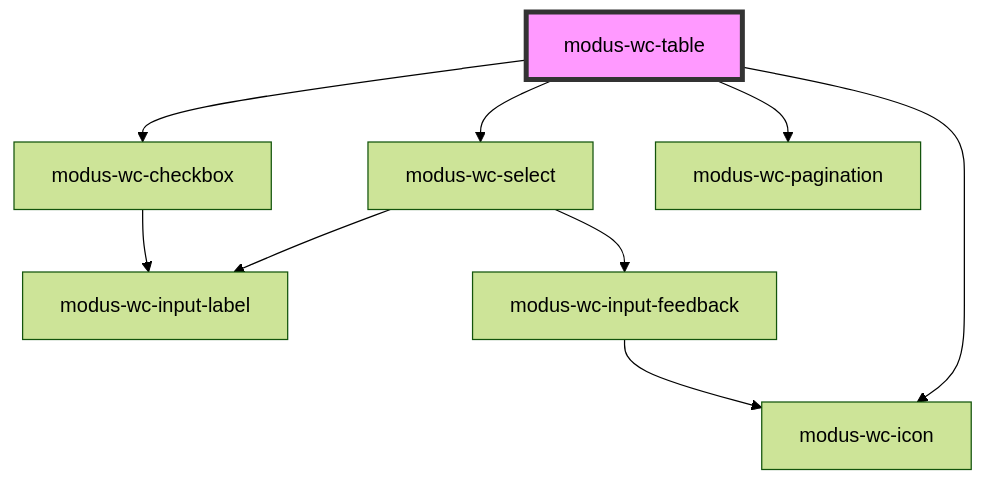
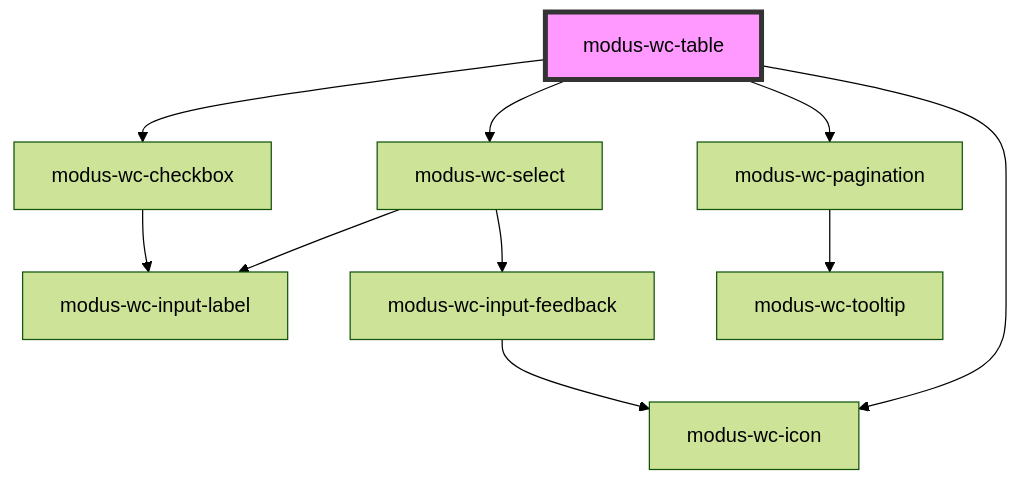
One commit to trimble-oss/modus-wc-2.0 changed the diagram in src/components/modus-wc-table/readme.md. Above: the diagram before and after it, drawn with Mermaid (forest theme). The commit also changed 12 other files, not shown here.

````diff
--- a/src/components/modus-wc-table/readme.md
+++ b/src/components/modus-wc-table/readme.md
@@ -52,12 +52,13 @@
 ```mermaid
 graph TD;
   modus-wc-table --> modus-wc-select
   modus-wc-table --> modus-wc-checkbox
   modus-wc-table --> modus-wc-icon
   modus-wc-table --> modus-wc-pagination
   modus-wc-select --> modus-wc-input-label
   modus-wc-select --> modus-wc-input-feedback
   modus-wc-input-feedback --> modus-wc-icon
   modus-wc-checkbox --> modus-wc-input-label
+  modus-wc-pagination --> modus-wc-tooltip
   style modus-wc-table fill:#f9f,stroke:#333,stroke-width:4px
 ```
````
